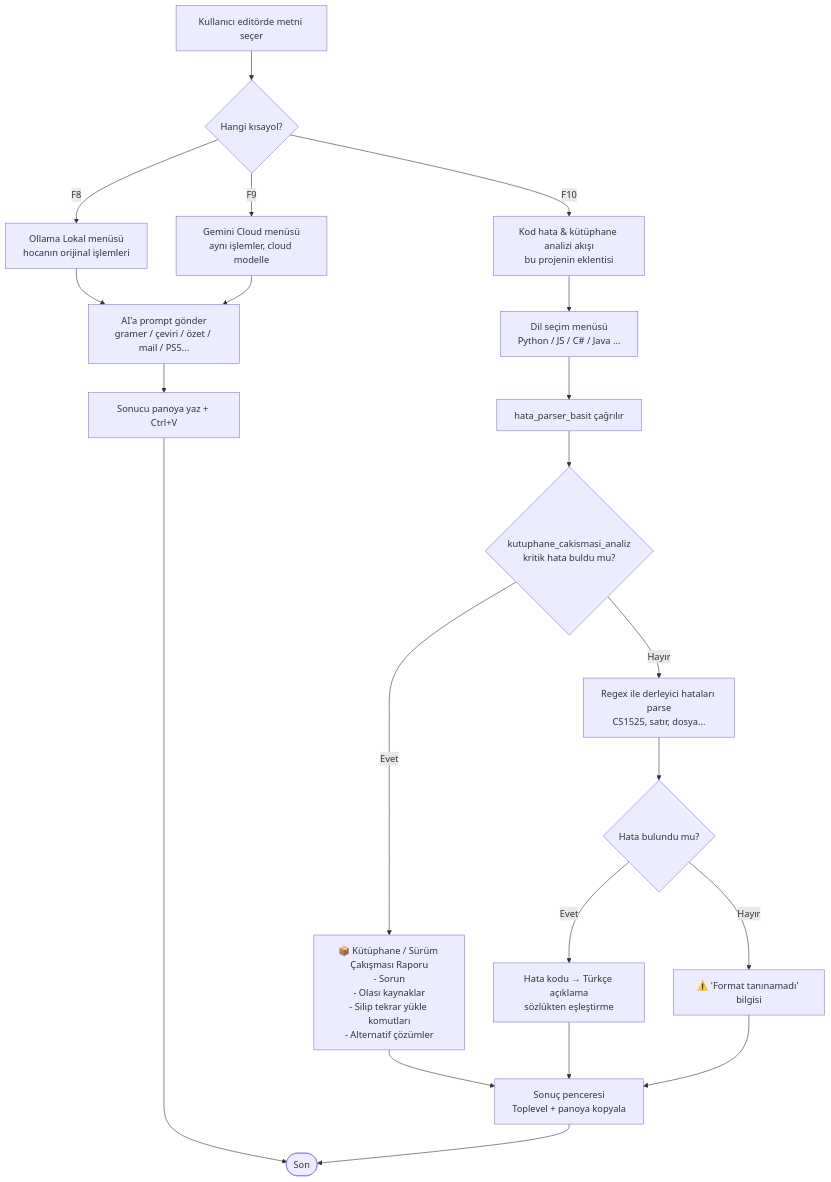
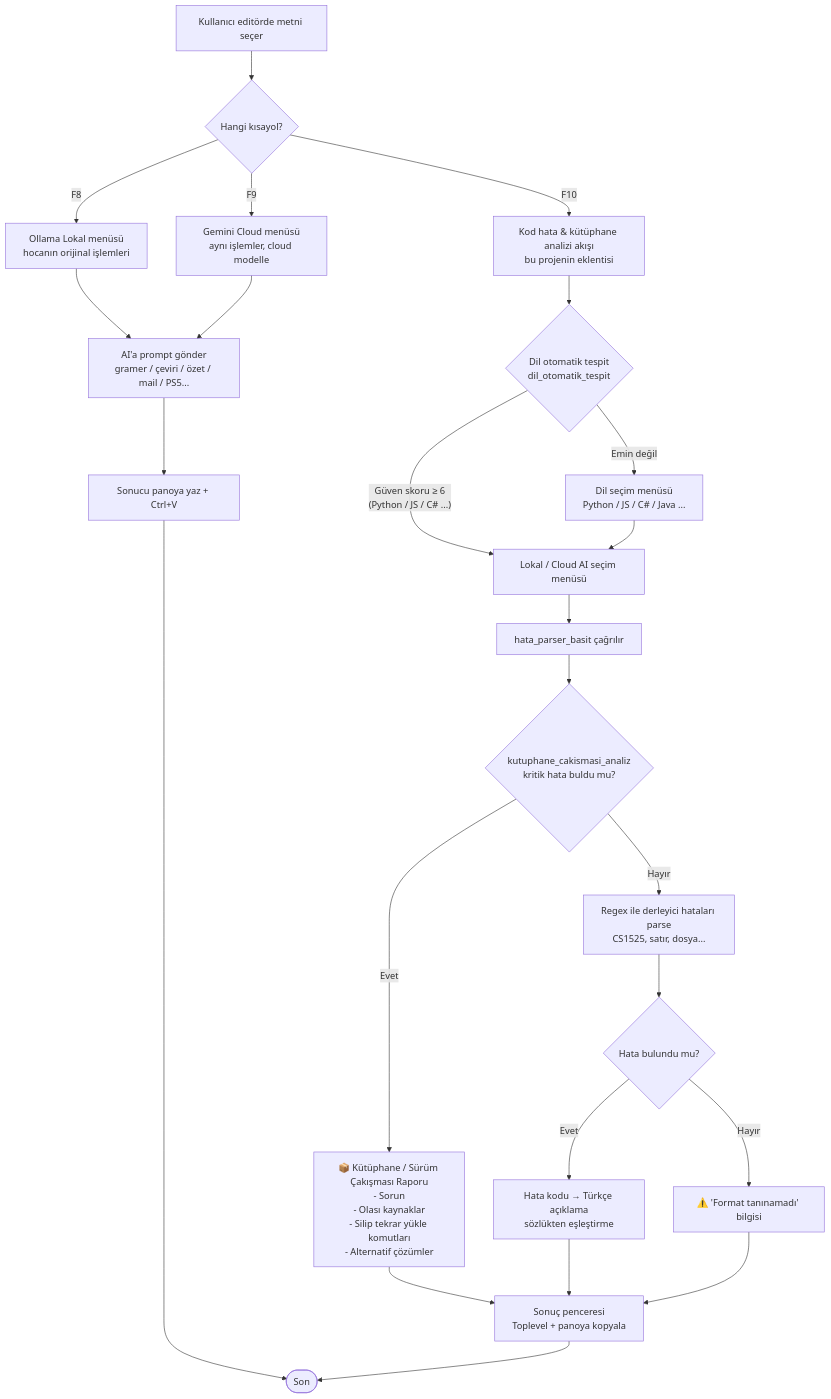
One commit to AlinaPavlova25/Introduction-to-Data-Visualization-Project-Assignment changed the diagram in README.md. Above: the diagram before and after it, drawn with Mermaid. The commit also changed other lines of this file and 1 other file, not shown here.

Commit message:
Dil otomatik tespit: F10 akisinda dil menusu atlanir, 14/14 test gecti

````diff
--- a/README.md
+++ b/README.md
@@ -229,29 +233,32 @@
 ```mermaid
 flowchart TD
     A[Kullanıcı editörde metni seçer] --> B{Hangi kısayol?}
 
     B -- F8 --> C[Ollama Lokal menüsü\nhocanın orijinal işlemleri]
     B -- F9 --> D[Gemini Cloud menüsü\naynı işlemler, cloud modelle]
     B -- F10 --> E[Kod hata & kütüphane analizi akışı\nbu projenin eklentisi]
 
     C --> G[AI'a prompt gönder\ngramer / çeviri / özet / mail / PS5...]
     D --> G
     G --> H[Sonucu panoya yaz + Ctrl+V]
     H --> R([Son])
 
-    E --> I[Dil seçim menüsü\nPython / JS / C# / Java ...]
-    I --> J[hata_parser_basit çağrılır]
+    E --> AUTO{Dil otomatik tespit\ndil_otomatik_tespit}
+    AUTO -- "Güven skoru ≥ 6\n(Python / JS / C# ...)" --> AI[Lokal / Cloud AI seçim menüsü]
+    AUTO -- "Emin değil" --> I[Dil seçim menüsü\nPython / JS / C# / Java ...]
+    I --> AI
+    AI --> J[hata_parser_basit çağrılır]
     J --> K{kutuphane_cakismasi_analiz\nkritik hata buldu mu?}
 
     K -- Evet --> L[📦 Kütüphane / Sürüm Çakışması Raporu\n- Sorun\n- Olası kaynaklar\n- Silip tekrar yükle komutları\n- Alternatif çözümler]
     K -- Hayır --> M[Regex ile derleyici hataları parse\nCS1525, satır, dosya...]
 
     M --> N{Hata bulundu mu?}
     N -- Evet --> O[Hata kodu → Türkçe açıklama\nsözlükten eşleştirme]
     N -- Hayır --> P[⚠️ 'Format tanınamadı' bilgisi]
 
     L --> Q[Sonuç penceresi\nToplevel + panoya kopyala]
     O --> Q
     P --> Q
     Q --> R
 ```
````
